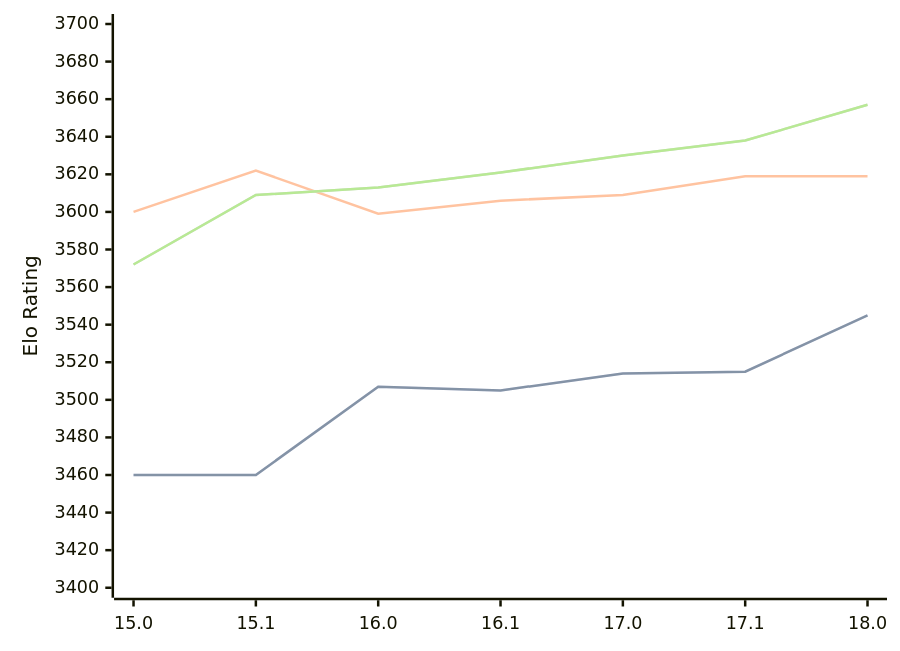
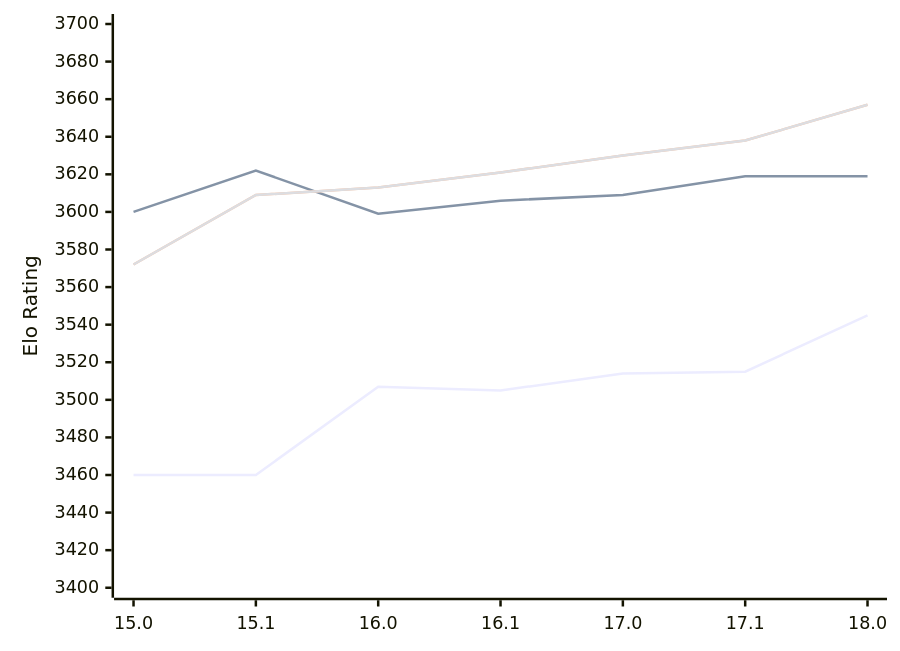
The diagram in engines/Stockfish.md (computer-chess-index/cci), drawn with Mermaid before and after one commit. The commit also changed other lines of this file, not shown here.

````diff
--- a/engines/Stockfish.md
+++ b/engines/Stockfish.md
@@ -43,11 +43,10 @@
 ```mermaid
 %%{init: {"theme":"base","themeVariables":{"seriesColors:['#a3a3a3','#222221','#faa371']}}}%%
 xychart-beta
   x-axis ["15.0", "15.1", "16.0", "16.1", "17.0", "17.1", "18.0"]
   y-axis "Elo Rating" 3400 --> 3700
   line "STC (8.0+0.08s)" [3460, 3460, 3507, 3505, 3514, 3515, 3545]
-  line "STC (8.0+0.08s)" [3460, 3460, 3507, 3505, 3514, 3515, 3545]
   line "LTC (60.0+0.60s)" [3600, 3622, 3599, 3606, 3609, 3619, 3619]
   line "VLTC (2m24s+1.12s)" [3572, 3609, 3613, 3621, 3630, 3638, 3657]
   line "VLTC (2m24s+1.12s)" [3572, 3609, 3613, 3621, 3630, 3638, 3657]
 ```
````
